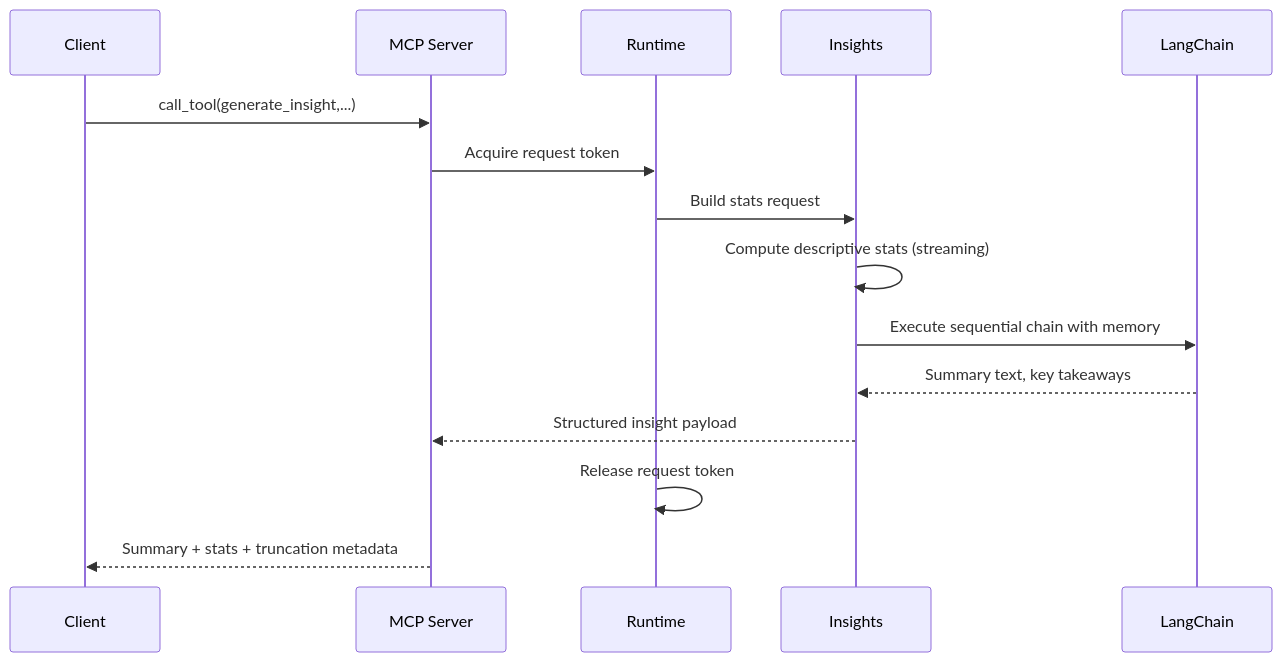
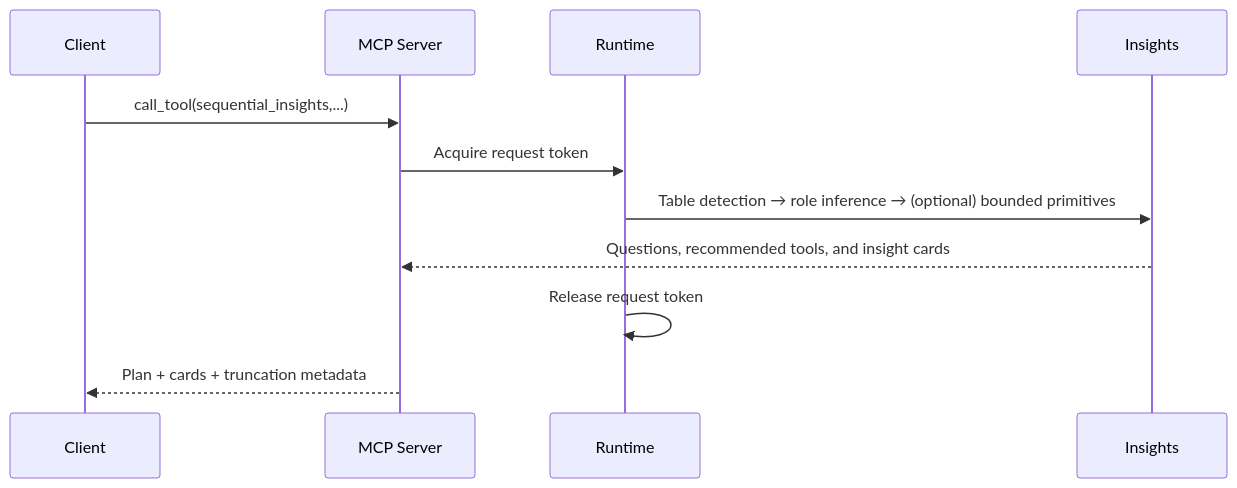
One commit to vinodismyname/mcpxcel changed the third of 3 diagrams in design.md. Above: the diagram before and after it, drawn with Mermaid. The commit also changed other lines of this file and 7 other files, not shown here.

Commit message:
docs: replace LangChain insights with Sequential Insights planning and primitives; update Task 10, design, requirements (Req.9), steering, AGENTS (#12)

````diff
--- a/design.md
+++ b/design.md
@@ -213,18 +206,15 @@
 ```mermaid
 sequenceDiagram
     participant Client
     participant MCP as MCP Server
     participant Runtime
     participant Insights
-    participant LangChain
+    participant Insights
 
-   Client->>MCP: call_tool(generate_insight,...)
+   Client->>MCP: call_tool(sequential_insights,...)
    MCP->>Runtime: Acquire request token
-   Runtime->>Insights: Build stats request
-   Insights->>Insights: Compute descriptive stats (streaming)
-   Insights->>LangChain: Execute sequential chain with memory
-   LangChain-->>Insights: Summary text, key takeaways
-   Insights-->>MCP: Structured insight payload
+   Runtime->>Insights: Table detection → role inference → (optional) bounded primitives
+   Insights-->>MCP: Questions, recommended tools, and insight cards
    Runtime->>Runtime: Release request token
-   MCP-->>Client: Summary + stats + truncation metadata
+   MCP-->>Client: Plan + cards + truncation metadata
 ```
````
